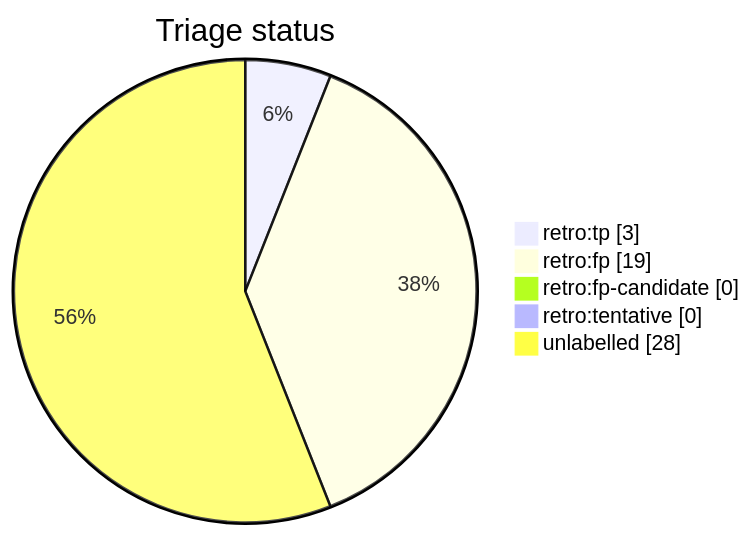
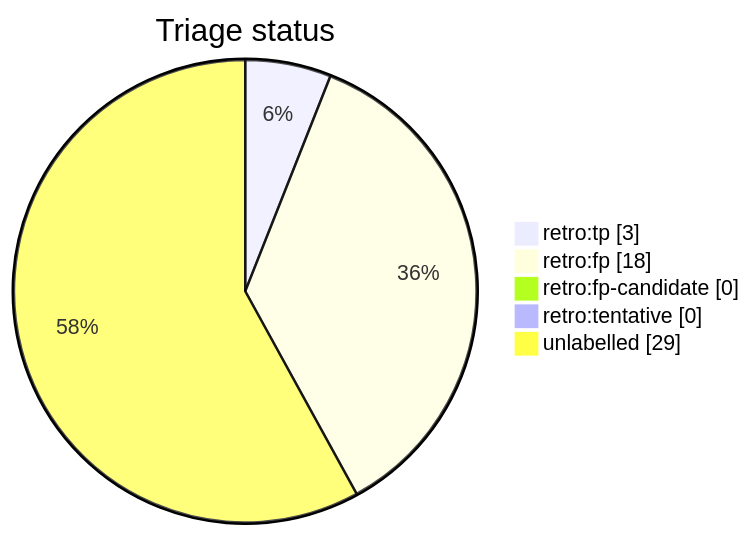
Before and after one commit to tvna/claude-md: the diagram in docs/generated/scripts/auto-retro-triage-report.md, drawn with Mermaid. The commit also changed other lines of this file, not shown here.

First line of the commit message:
chore(auto-retro): refresh triage report

````diff
--- a/docs/generated/scripts/auto-retro-triage-report.md
+++ b/docs/generated/scripts/auto-retro-triage-report.md
@@ -15,9 +15,9 @@
 ```mermaid
 pie showData
     title Triage status
     "retro:tp" : 3
-    "retro:fp" : 19
+    "retro:fp" : 18
     "retro:fp-candidate" : 0
     "retro:tentative" : 0
-    "unlabelled" : 28
+    "unlabelled" : 29
 ```
````
